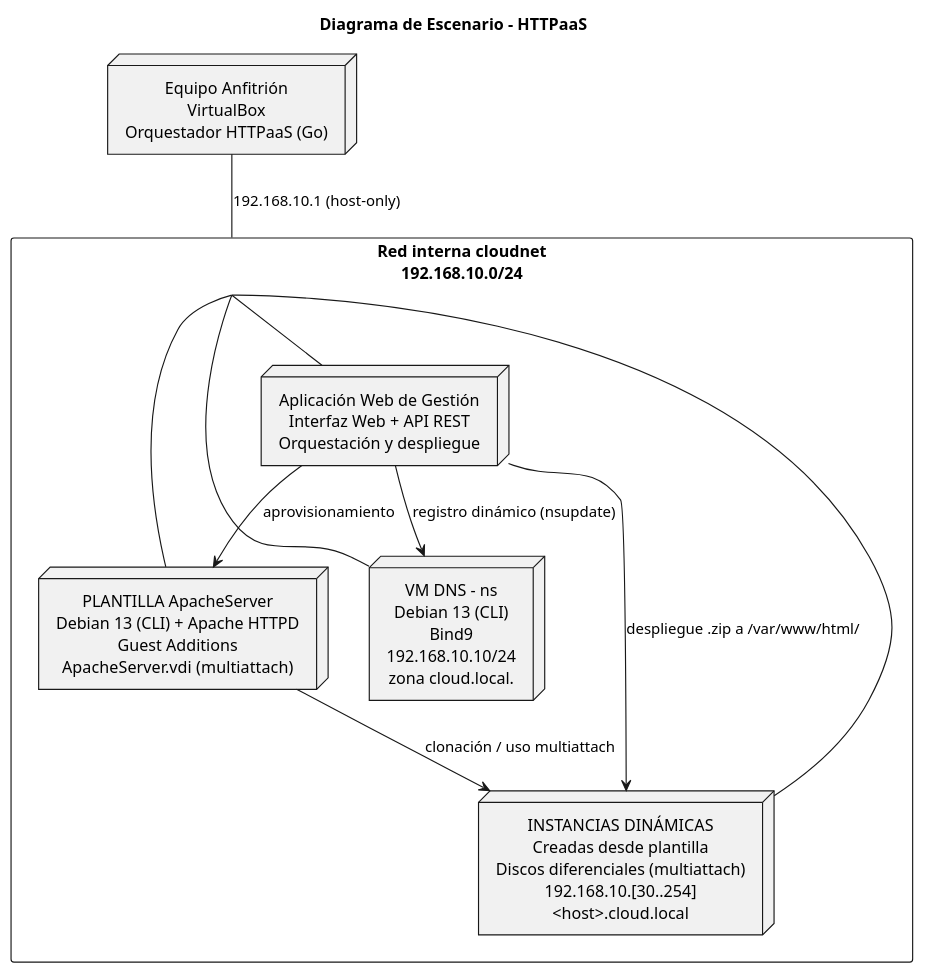
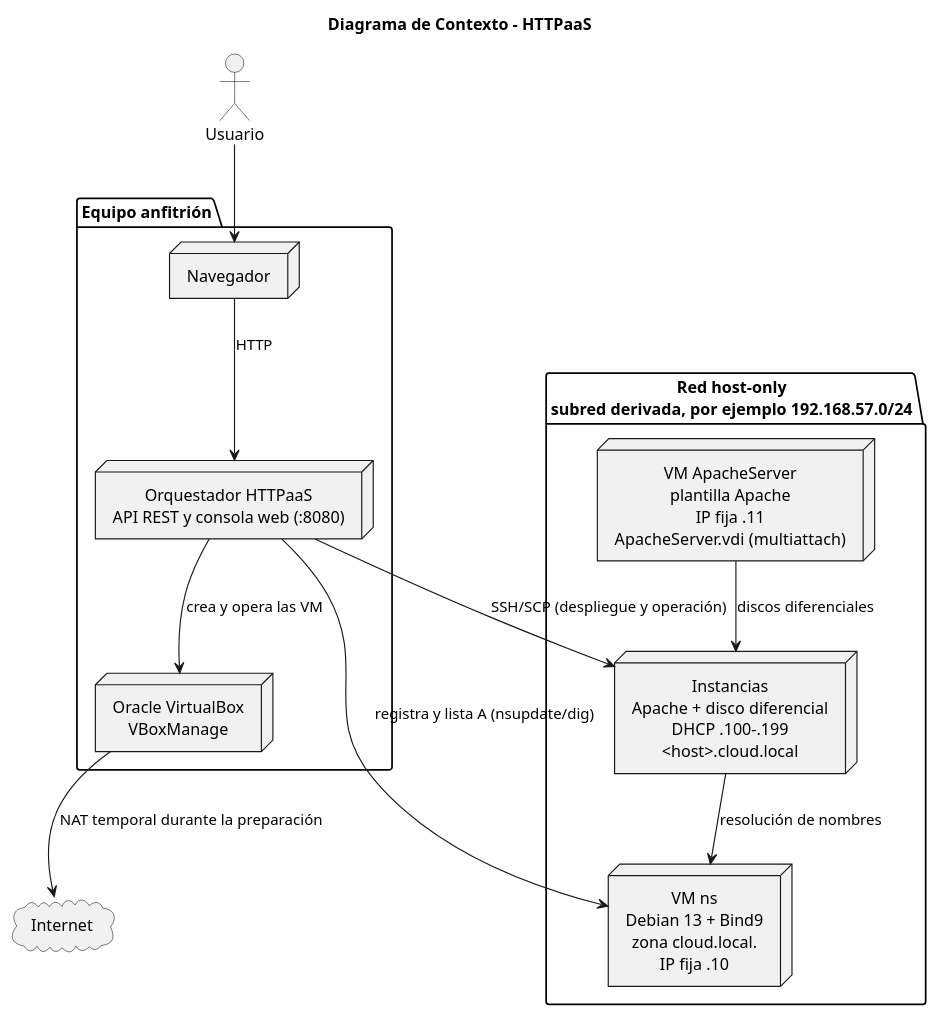
Before and after one commit to Andrey3681/HTTP-como-servicio: the diagram in docs/diagramas/escenario.puml, drawn with PlantUML. The commit also changed 16 other files, not shown here.

First line of the commit message:
docs(diagramas): diagrama de contexto SVG y baja de .impeccable

```diff
--- a/docs/diagramas/escenario.puml
+++ b/docs/diagramas/escenario.puml
@@ -1,34 +1,34 @@
 @startuml escenario
 skinparam monochrome true
 skinparam shadowing false
 skinparam defaultTextAlignment center
 skinparam rectangleBorderThickness 1
 skinparam nodeBorderThickness 1
 
-title Diagrama de Escenario - HTTPaaS
+title Diagrama de Contexto - HTTPaaS
 
-node "Equipo Anfitrión\nVirtualBox\nOrquestador HTTPaaS (Go)" as host
+actor "Usuario" as user
+cloud "Internet" as wan
 
-rectangle "Red interna cloudnet\n192.168.10.0/24" as net {
-
-  node "VM DNS - ns\nDebian 13 (CLI)\nBind9\n192.168.10.10/24\nzona cloud.local." as dns
-
-  node "PLANTILLA ApacheServer\nDebian 13 (CLI) + Apache HTTPD\nGuest Additions\nApacheServer.vdi (multiattach)" as tmpl
-
-  node "INSTANCIAS DINÁMICAS\nCreadas desde plantilla\nDiscos diferenciales (multiattach)\n192.168.10.[30..254]\n<host>.cloud.local" as inst
-
-  node "Aplicación Web de Gestión\nInterfaz Web + API REST\nOrquestación y despliegue" as webapp
+package "Equipo anfitrión" {
+  node "Navegador" as browser
+  node "Orquestador HTTPaaS\nAPI REST y consola web (:8080)" as orch
+  node "Oracle VirtualBox\nVBoxManage" as vbox
 }
 
-host -- net : 192.168.10.1 (host-only)
-net -- dns
-net -- tmpl
-net -- inst
-net -- webapp
+package "Red host-only\nsubred derivada, por ejemplo 192.168.57.0/24" as net {
+  node "VM ns\nDebian 13 + Bind9\nzona cloud.local.\nIP fija .10" as dns
+  node "VM ApacheServer\nplantilla Apache\nIP fija .11\nApacheServer.vdi (multiattach)" as tmpl
+  node "Instancias\nApache + disco diferencial\nDHCP .100-.199\n<host>.cloud.local" as inst
+}
 
-tmpl --> inst : clonación / uso multiattach
-webapp --> dns : registro dinámico (nsupdate)
-webapp --> inst : despliegue .zip a /var/www/html/
-webapp --> tmpl : aprovisionamiento
+user --> browser
+browser --> orch : HTTP
+orch --> vbox : crea y opera las VM
+orch --> dns : registra y lista A (nsupdate/dig)
+orch --> inst : SSH/SCP (despliegue y operación)
+vbox --> wan : NAT temporal durante la preparación
+tmpl --> inst : discos diferenciales
+inst --> dns : resolución de nombres
 
 @enduml
```
